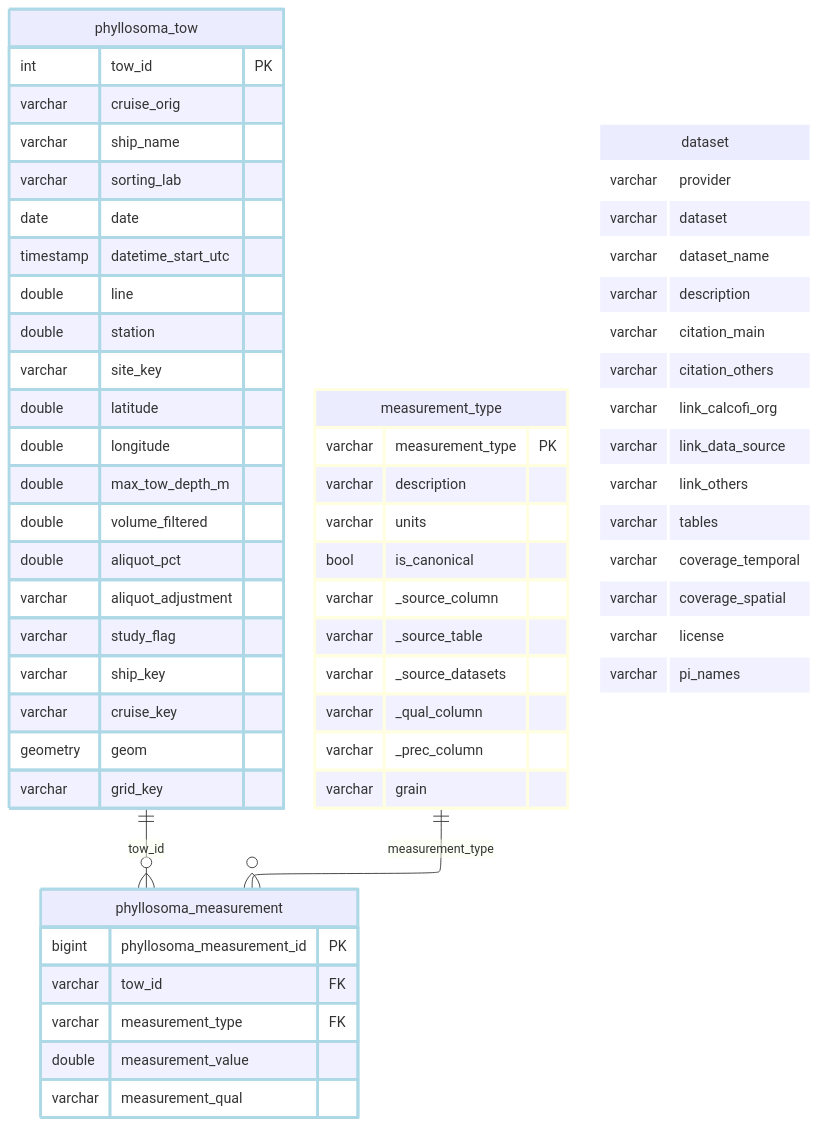
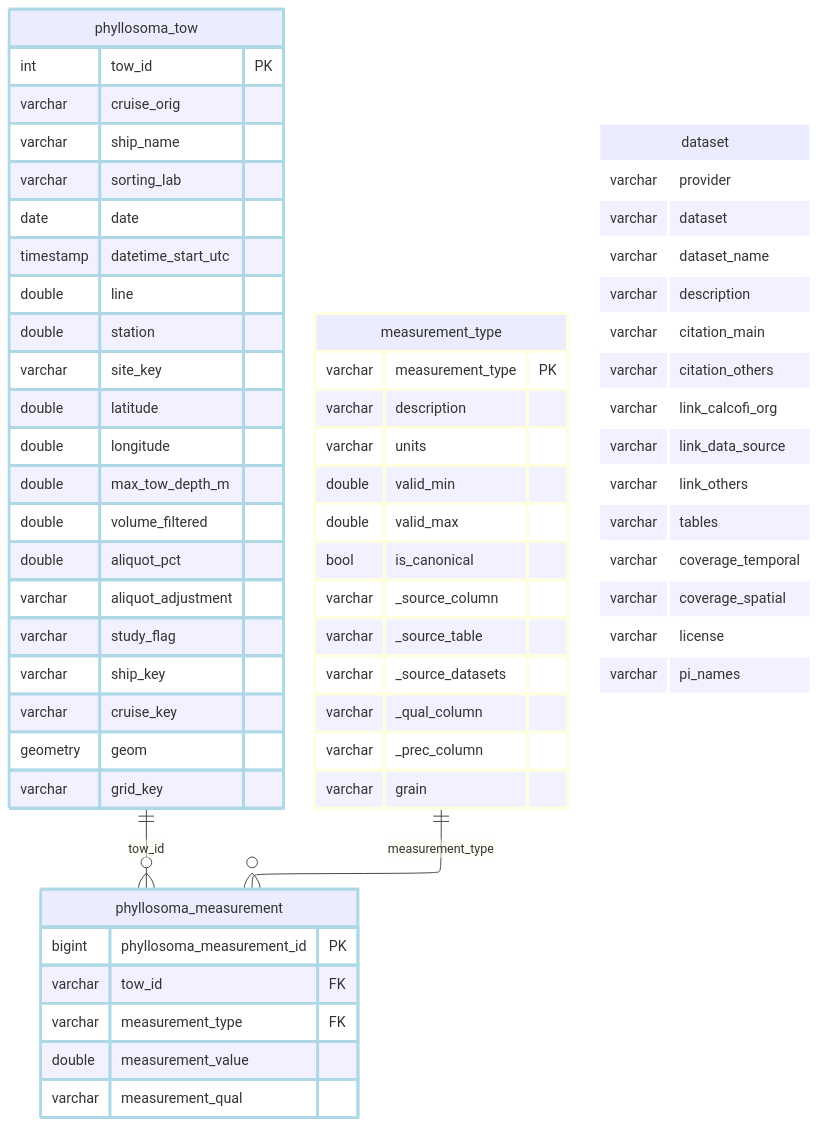
Before and after one commit to CalCOFI/workflows: the diagram in _output/ingest_calcofi_phyllosoma_files/figure-html/finalize-1.mmd, drawn with Mermaid. The commit also changed 250 other files, not shown here.

```diff
--- a/_output/ingest_calcofi_phyllosoma_files/figure-html/finalize-1.mmd
+++ b/_output/ingest_calcofi_phyllosoma_files/figure-html/finalize-1.mmd
@@ -1,70 +1,72 @@
 ---
 config:
   layout: elk
 ---
 erDiagram
     phyllosoma_tow {
         int tow_id PK
         varchar cruise_orig
         varchar ship_name
         varchar sorting_lab
         date date
         timestamp datetime_start_utc
         double line
         double station
         varchar site_key
         double latitude
         double longitude
         double max_tow_depth_m
         double volume_filtered
         double aliquot_pct
         varchar aliquot_adjustment
         varchar study_flag
         varchar ship_key
         varchar cruise_key
         geometry geom
         varchar grid_key
     }
     phyllosoma_measurement {
         bigint phyllosoma_measurement_id PK
         varchar tow_id FK
         varchar measurement_type FK
         double measurement_value
         varchar measurement_qual
     }
     measurement_type {
         varchar measurement_type PK
         varchar description
         varchar units
+        double valid_min
+        double valid_max
         bool is_canonical
         varchar _source_column
         varchar _source_table
         varchar _source_datasets
         varchar _qual_column
         varchar _prec_column
         varchar grain
     }
     dataset {
         varchar provider
         varchar dataset
         varchar dataset_name
         varchar description
         varchar citation_main
         varchar citation_others
         varchar link_calcofi_org
         varchar link_data_source
         varchar link_others
         varchar tables
         varchar coverage_temporal
         varchar coverage_spatial
         varchar license
         varchar pi_names
     }
     phyllosoma_tow ||--o{ phyllosoma_measurement : "tow_id"
     measurement_type ||--o{ phyllosoma_measurement : "measurement_type"
     classDef lightblue stroke:#ADD8E6,stroke-width:3px
     class phyllosoma_tow,phyllosoma_measurement lightblue
     classDef lightyellow stroke:#FFFFE0,stroke-width:3px
     class measurement_type lightyellow
     classDef white stroke:#FFFFFF,stroke-width:3px
     class dataset white
```
